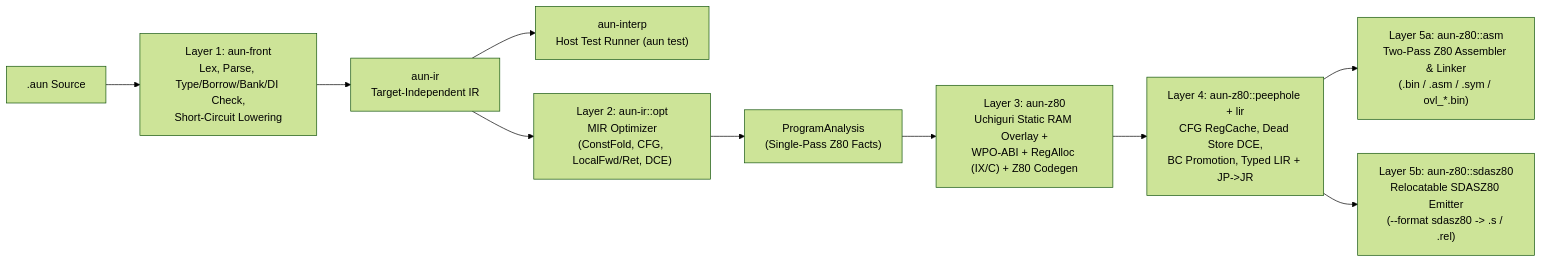
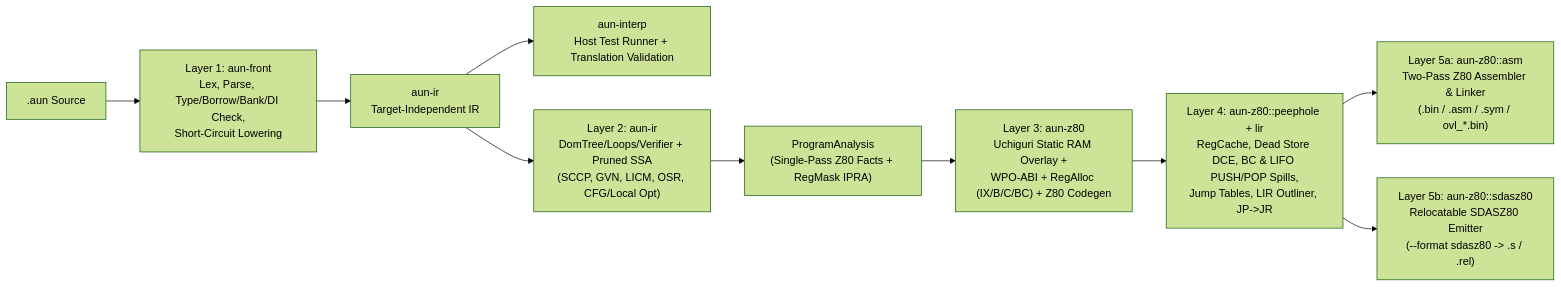
Before and after one commit to toyoshim-i/aun: the diagram in docs/internals.md, drawn with Mermaid (forest theme). The commit also changed other lines of this file and 3 other files, not shown here.

First line of the commit message:
perf(z80): compress dense cp dispatch chains into Z80 jump tables

````diff
--- a/docs/internals.md
+++ b/docs/internals.md
@@ -9,12 +9,12 @@
 ```mermaid
 flowchart LR
     SRC[".aun Source"] --> L1["Layer 1: aun-front\nLex, Parse, Type/Borrow/Bank/DI Check,\nShort-Circuit Lowering"]
     L1 --> IR["aun-ir\nTarget-Independent IR"]
-    IR --> INTERP["aun-interp\nHost Test Runner (aun test)"]
-    IR --> L2["Layer 2: aun-ir::opt\nMIR Optimizer\n(ConstFold, CFG, LocalFwd/Ret, DCE)"]
-    L2 --> AN["ProgramAnalysis\n(Single-Pass Z80 Facts)"]
-    AN --> L3["Layer 3: aun-z80\nUchiguri Static RAM Overlay +\nWPO-ABI + RegAlloc (IX/C) + Z80 Codegen"]
-    L3 --> L4["Layer 4: aun-z80::peephole + lir\nCFG RegCache, Dead Store DCE,\nBC Promotion, Typed LIR + JP->JR"]
+    IR --> INTERP["aun-interp\nHost Test Runner + Translation Validation"]
+    IR --> L2["Layer 2: aun-ir\nDomTree/Loops/Verifier + Pruned SSA\n(SCCP, GVN, LICM, OSR, CFG/Local Opt)"]
+    L2 --> AN["ProgramAnalysis\n(Single-Pass Z80 Facts + RegMask IPRA)"]
+    AN --> L3["Layer 3: aun-z80\nUchiguri Static RAM Overlay +\nWPO-ABI + RegAlloc (IX/B/C/BC) + Z80 Codegen"]
+    L3 --> L4["Layer 4: aun-z80::peephole + lir\nRegCache, Dead Store DCE, BC & LIFO PUSH/POP Spills,\nJump Tables, LIR Outliner, JP->JR"]
     L4 --> L5A["Layer 5a: aun-z80::asm\nTwo-Pass Z80 Assembler & Linker\n(.bin / .asm / .sym / ovl_*.bin)"]
     L4 --> L5B["Layer 5b: aun-z80::sdasz80\nRelocatable SDASZ80 Emitter\n(--format sdasz80 -> .s / .rel)"]
 ```
````
